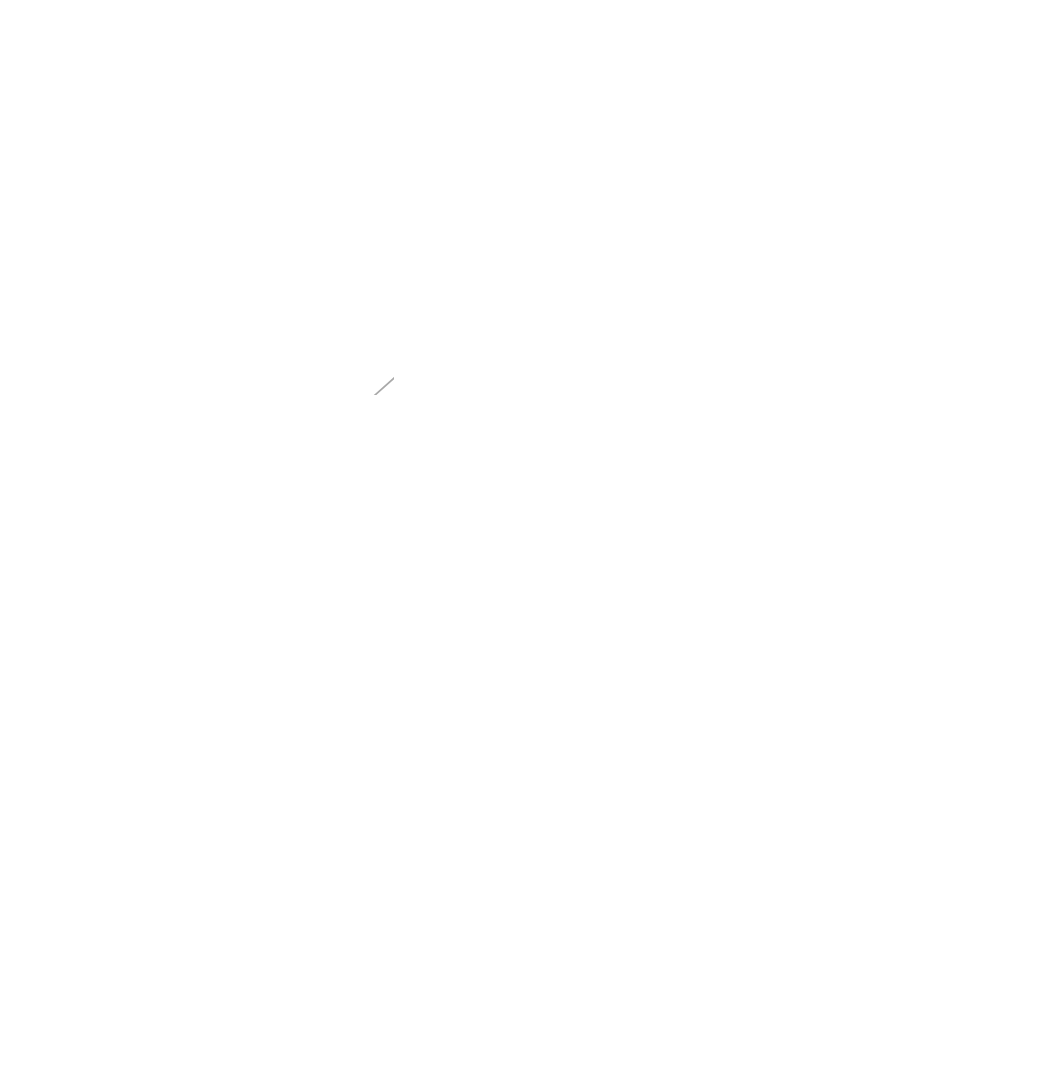
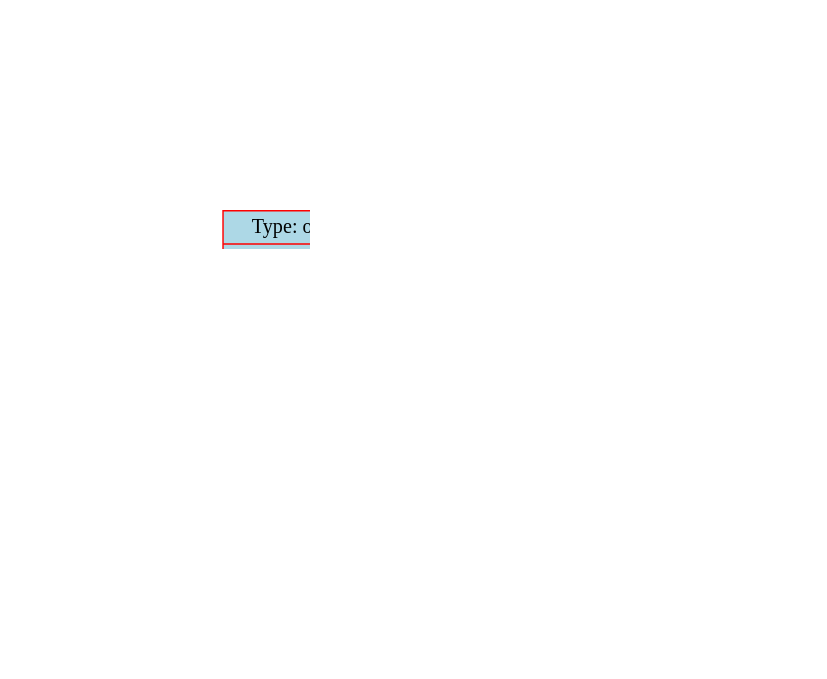
Before and after one commit to dodokek/Derivative-Calculator: the diagram in data/graph.dot, drawn with Graphviz. The commit also changed 17 other files, not shown here.

```diff
--- a/data/graph.dot
+++ b/data/graph.dot
@@ -1,49 +1,37 @@
 
     digraph g {
         dpi      = 200;
         fontname = "Comic Sans MS";
         fontsize = 20;
         rankdir   =  TB;
         edge [color = darkgrey, arrowhead = onormal, arrowsize = 1, penwidth = 1.2]
         graph[fillcolor = lightgreen, ranksep = 1.3, nodesep = 0.5,
         style = "rounded, filled",color = green, penwidth = 2]
 
-    Node000001b598b51a60[shape=record, width=0.2, style="filled", color="red", fillcolor="lightblue",label=" {Type: operation | value: +}"] 
+    Node000002541c071890[shape=record, width=0.2, style="filled", color="red", fillcolor="lightblue",label=" {Type: operation | value: \cdot}"] 
  
-Node000001b598b51970[shape=record, width=0.2, style="filled", color="red", fillcolor="lightblue",label=" {Type: operation | value: \cdot}"] 
+Node000002541c071860[shape=record, width=0.2, style="filled", color="red", fillcolor="lightblue",label=" {Type: operation | value: /}"] 
  
-Node000001b598b51bb0[shape=record, width=0.2, style="filled", color="red", fillcolor="lightblue",label=" {Type: operation | value: \cdot}"] 
+Node000002541c071830[shape=record, width=0.2, style="filled", color="red", fillcolor="lightblue",label=" {Type: number | value: 1}"] 
  
-Node000001b598b518f0[shape=record, width=0.2, style="filled", color="red", fillcolor="lightblue",label=" {Type: operation | value: \cdot}"] 
+Node000002541c071800[shape=record, width=0.2, style="filled", color="red", fillcolor="lightblue",label=" {Type: operation | value: +}"] 
  
-Node000001b598b518c0[shape=record, width=0.2, style="filled", color="red", fillcolor="lightblue",label=" {Type: number | value: -1}"] 
+Node000002541c071680[shape=record, width=0.2, style="filled", color="red", fillcolor="lightblue",label=" {Type: number | value: 5}"] 
  
-Node000001b598b51890[shape=record, width=0.2, style="filled", color="red", fillcolor="lightblue",label=" {Type: operation | value: sin}"] 
+Node000002541c0716b0[shape=record, width=0.2, style="filled", color="red", fillcolor="lightblue",label=" {Type: variable | value: X}"] 
  
-Node000001b598b51860[shape=record, width=0.2, style="filled", color="red", fillcolor="lightblue",label=" {Type: variable | value: X}"] 
+Node000002541c0717d0[shape=record, width=0.2, style="filled", color="red", fillcolor="lightblue",label=" {Type: operation | value: +}"] 
  
-Node000001b598b51830[shape=record, width=0.2, style="filled", color="red", fillcolor="lightblue",label=" {Type: number | value: 1}"] 
+Node000002541c0717a0[shape=record, width=0.2, style="filled", color="red", fillcolor="lightblue",label=" {Type: number | value: 0}"] 
  
-Node000001b598b51800[shape=record, width=0.2, style="filled", color="red", fillcolor="lightblue",label=" {Type: number | value: 1}"] 
+Node000002541c071770[shape=record, width=0.2, style="filled", color="red", fillcolor="lightblue",label=" {Type: number | value: 1}"] 
  
-Node000001b598b517d0[shape=record, width=0.2, style="filled", color="red", fillcolor="lightblue",label=" {Type: operation | value: \cdot}"] 
- 
-Node000001b598b517a0[shape=record, width=0.2, style="filled", color="red", fillcolor="lightblue",label=" {Type: operation | value: cos}"] 
- 
-Node000001b598b51680[shape=record, width=0.2, style="filled", color="red", fillcolor="lightblue",label=" {Type: variable | value: X}"] 
- 
-Node000001b598b51770[shape=record, width=0.2, style="filled", color="red", fillcolor="lightblue",label=" {Type: number | value: 0}"] 
- 
-Node000001b598b51a60->Node000001b598b51970
-Node000001b598b51970->Node000001b598b51bb0
-Node000001b598b51bb0->Node000001b598b518f0
-Node000001b598b518f0->Node000001b598b518c0
-Node000001b598b518f0->Node000001b598b51890
-Node000001b598b51890->Node000001b598b51860
-Node000001b598b51bb0->Node000001b598b51830
-Node000001b598b51970->Node000001b598b51800
-Node000001b598b51a60->Node000001b598b517d0
-Node000001b598b517d0->Node000001b598b517a0
-Node000001b598b517a0->Node000001b598b51680
-Node000001b598b517d0->Node000001b598b51770
+Node000002541c071890->Node000002541c071860
+Node000002541c071860->Node000002541c071830
+Node000002541c071860->Node000002541c071800
+Node000002541c071800->Node000002541c071680
+Node000002541c071800->Node000002541c0716b0
+Node000002541c071890->Node000002541c0717d0
+Node000002541c0717d0->Node000002541c0717a0
+Node000002541c0717d0->Node000002541c071770
 }
```
